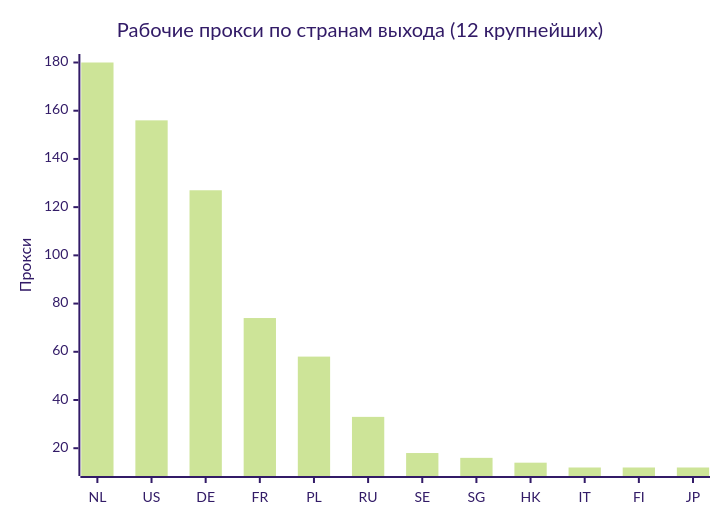
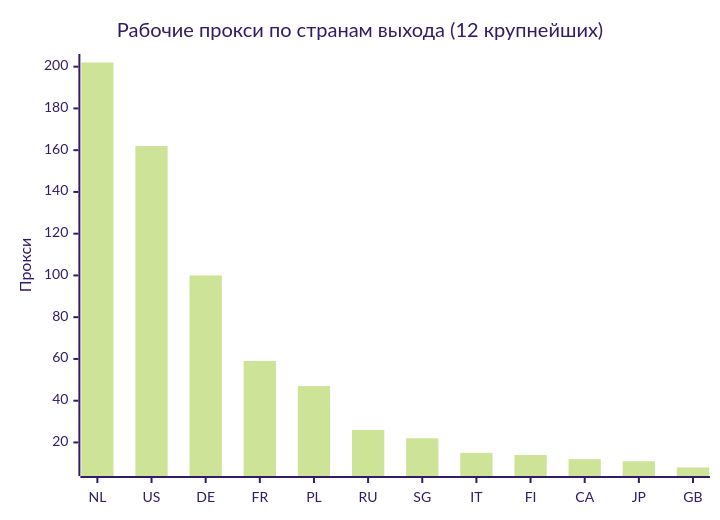
The second of 4 diagrams in README.md (rvvg/proxy-subs), drawn with Mermaid (forest theme) before and after one commit. The commit also changed other lines of this file and 69 other files, not shown here.

````diff
--- a/README.md
+++ b/README.md
@@ -129,7 +152,7 @@
 ```mermaid
 xychart-beta
     title "Рабочие прокси по странам выхода (12 крупнейших)"
-    x-axis ["NL", "US", "DE", "FR", "PL", "RU", "SE", "SG", "HK", "IT", "FI", "JP"]
+    x-axis ["NL", "US", "DE", "FR", "PL", "RU", "SG", "IT", "FI", "CA", "JP", "GB"]
     y-axis "Прокси"
-    bar [180, 156, 127, 74, 58, 33, 18, 16, 14, 12, 12, 12]
+    bar [202, 162, 100, 59, 47, 26, 22, 15, 14, 12, 11, 8]
 ```
````
